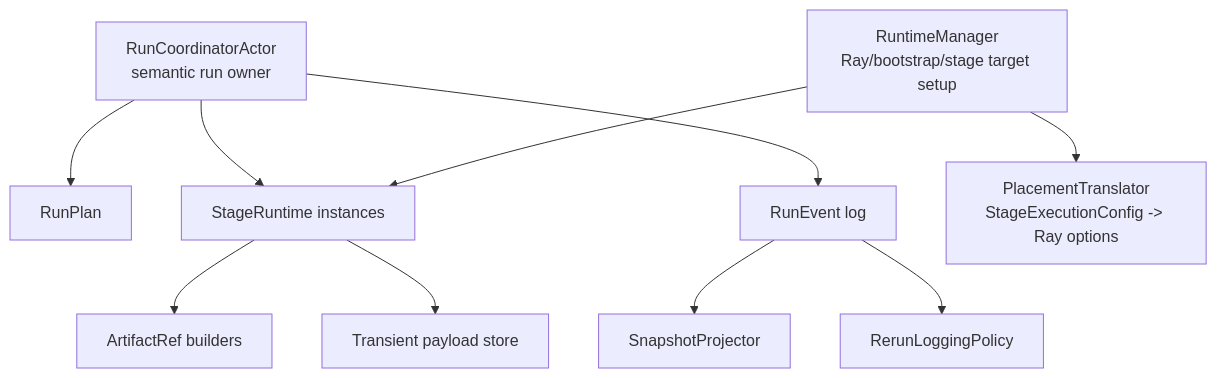
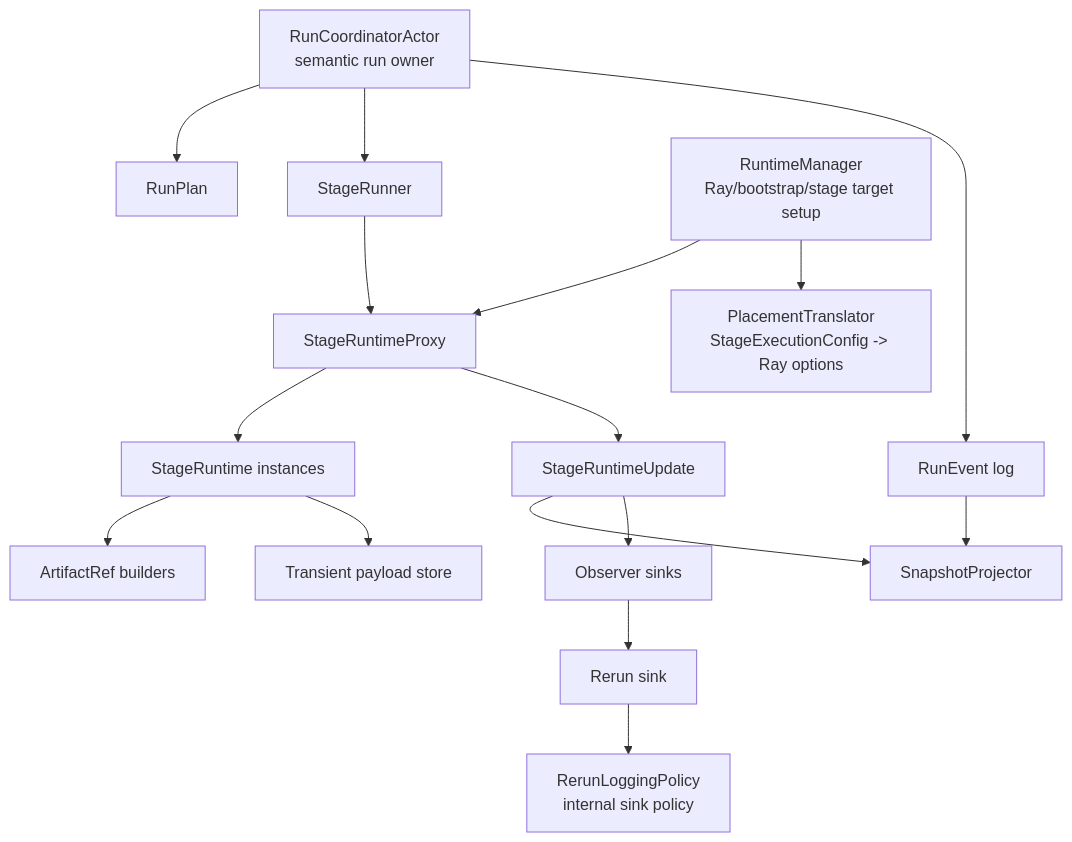
One commit to JanDuchscherer104/prml-vslam changed the tenth of 17 diagrams in docs/architecture/pipeline-stage-refactor-target.md. Above: the diagram before and after it, drawn with Mermaid. The commit also changed other lines of this file and 6 other files, not shown here.

````diff
--- a/docs/architecture/pipeline-stage-refactor-target.md
+++ b/docs/architecture/pipeline-stage-refactor-target.md
@@ -886,25 +923,36 @@
 ```mermaid
 flowchart TB
     Coordinator["RunCoordinatorActor<br/>semantic run owner"]
     Plan["RunPlan"]
+    Runner["StageRunner"]
+    RuntimeProxy["StageRuntimeProxy"]
     StageRuntime["StageRuntime instances"]
+    Updates["StageRuntimeUpdate"]
+    ObserverSinks["Observer sinks"]
+    RerunSink["Rerun sink"]
     Events["RunEvent log"]
     Projector["SnapshotProjector"]
 
     RuntimeManager["RuntimeManager<br/>Ray/bootstrap/stage target setup"]
     Placement["PlacementTranslator<br/>StageExecutionConfig -> Ray options"]
     ArtifactMapper["ArtifactRef builders"]
-    RerunPolicy["RerunLoggingPolicy"]
+    RerunPolicy["RerunLoggingPolicy<br/>internal sink policy"]
     PayloadStore["Transient payload store"]
 
     Coordinator --> Plan
-    Coordinator --> StageRuntime
+    Coordinator --> Runner
+    Runner --> RuntimeProxy
+    RuntimeProxy --> StageRuntime
     Coordinator --> Events
     Events --> Projector
+    RuntimeProxy --> Updates
+    Updates --> Projector
+    Updates --> ObserverSinks
+    ObserverSinks --> RerunSink
+    RerunSink --> RerunPolicy
 
-    RuntimeManager --> StageRuntime
+    RuntimeManager --> RuntimeProxy
     RuntimeManager --> Placement
     StageRuntime --> ArtifactMapper
-    Events --> RerunPolicy
     StageRuntime --> PayloadStore
 ```
````
